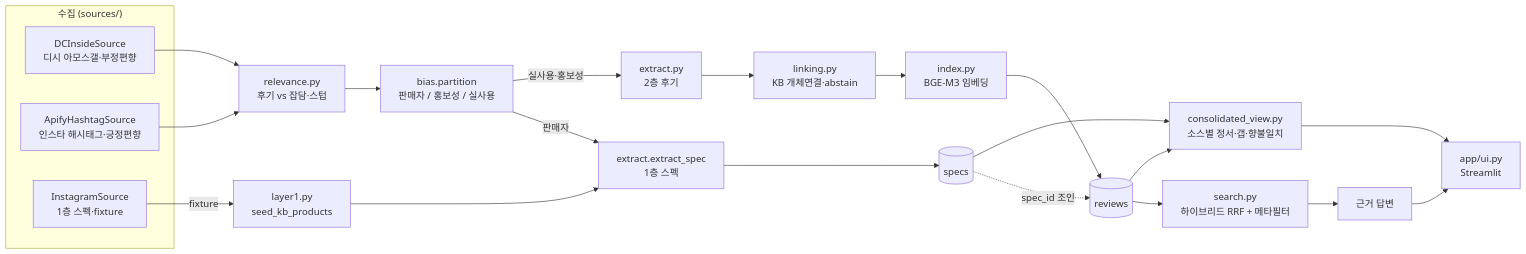
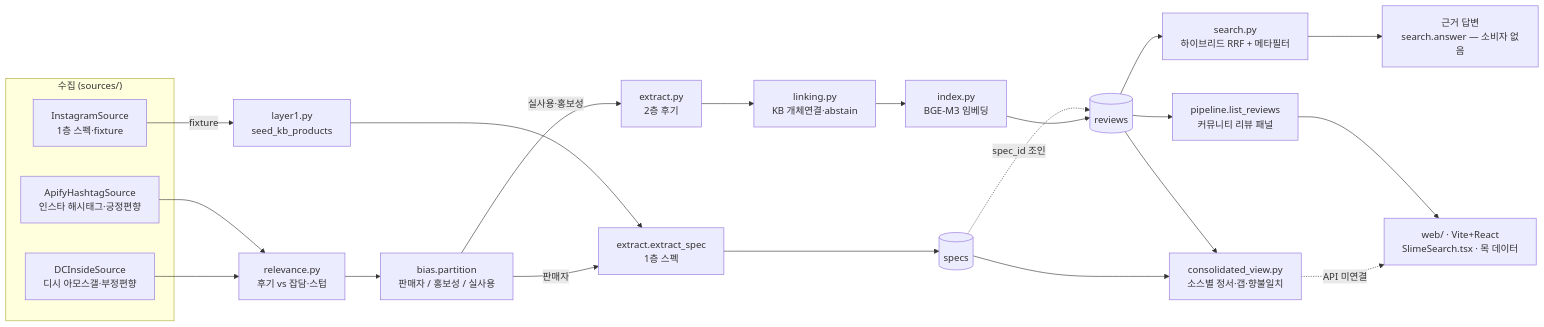
The first of 2 diagrams in ARCHITECTURE.md (dxlpi/slime-review), drawn with Mermaid before and after one commit. The commit also changed other lines of this file and 10 other files, not shown here.

````diff
--- a/ARCHITECTURE.md
+++ b/ARCHITECTURE.md
@@ -13,26 +15,27 @@
 ```mermaid
 flowchart LR
   subgraph 수집["수집 (sources/)"]
     DC[DCInsideSource<br/>디시 아모스갤·부정편향]
     AP[ApifyHashtagSource<br/>인스타 해시태그·긍정편향]
     IG[InstagramSource<br/>1층 스펙·fixture]
   end
   DC --> REL
   AP --> REL
   REL[relevance.py<br/>후기 vs 잡담·스텁] --> BIAS
   BIAS[bias.partition<br/>판매자 / 홍보성 / 실사용] -->|판매자| SPEC
   BIAS -->|실사용·홍보성| EX2
   IG -->|fixture| L1
   L1[layer1.py<br/>seed_kb_products] --> SPEC
   SPEC[extract.extract_spec<br/>1층 스펙] --> DBs[(specs)]
   EX2[extract.py<br/>2층 후기] --> LINK
   LINK[linking.py<br/>KB 개체연결·abstain] --> IDX
   IDX[index.py<br/>BGE-M3 임베딩] --> DBr[(reviews)]
   DBs -. spec_id 조인 .-> DBr
   DBr --> SEARCH[search.py<br/>하이브리드 RRF + 메타필터]
   DBs --> CONS[consolidated_view.py<br/>소스별 정서·갭·향불일치]
   DBr --> CONS
-  SEARCH --> ANS[근거 답변]
-  CONS --> UI
-  ANS --> UI[app/ui.py<br/>Streamlit]
+  SEARCH --> ANS[근거 답변<br/>search.answer — 소비자 없음]
+  CONS -.->|API 미연결| UI[web/ · Vite+React<br/>SlimeSearch.tsx · 목 데이터]
+  DBr --> LR[pipeline.list_reviews<br/>커뮤니티 리뷰 패널]
+  LR --> UI
 ```
````
